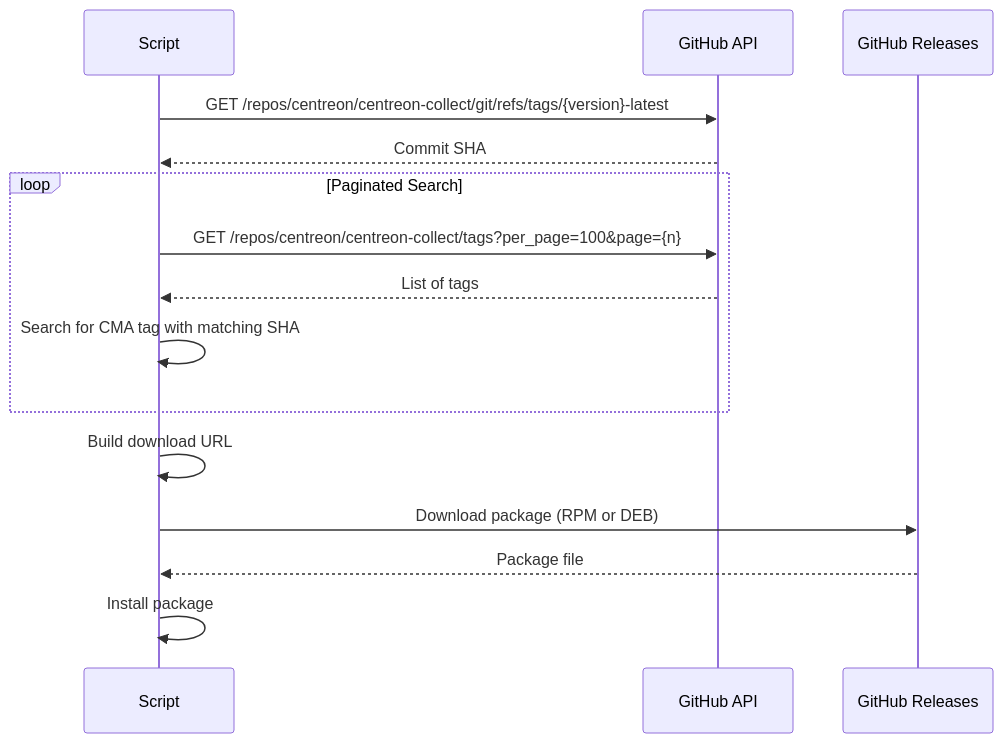
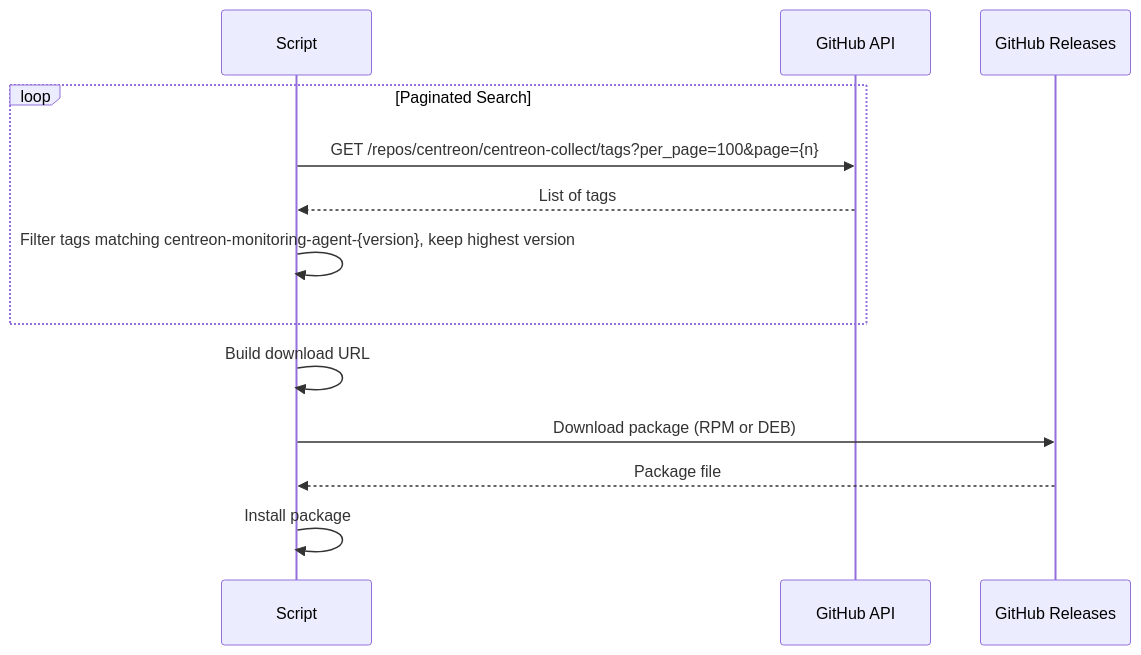
Before and after one commit to centreon/centreon-collect: the second of 4 diagrams in agent/installer/scripts_linux/README.md, drawn with Mermaid. The commit also changed other lines of this file and 1 other file, not shown here.

Commit message:
install_cma.sh provides centreon plugins requirements

````diff
--- a/agent/installer/scripts_linux/README.md
+++ b/agent/installer/scripts_linux/README.md
@@ -56,20 +56,17 @@
 ```mermaid
 sequenceDiagram
     participant Script
     participant GitHub API
     participant GitHub Releases
-    
-    Script->>GitHub API: GET /repos/centreon/centreon-collect/git/refs/tags/{version}-latest
-    GitHub API-->>Script: Commit SHA
-    
+
     loop Paginated Search
         Script->>GitHub API: GET /repos/centreon/centreon-collect/tags?per_page=100&page={n}
         GitHub API-->>Script: List of tags
-        Script->>Script: Search for CMA tag with matching SHA
+        Script->>Script: Filter tags matching centreon-monitoring-agent-{version}, keep highest version
     end
-    
+
     Script->>Script: Build download URL
     Script->>GitHub Releases: Download package (RPM or DEB)
     GitHub Releases-->>Script: Package file
     Script->>Script: Install package
 ```
````
